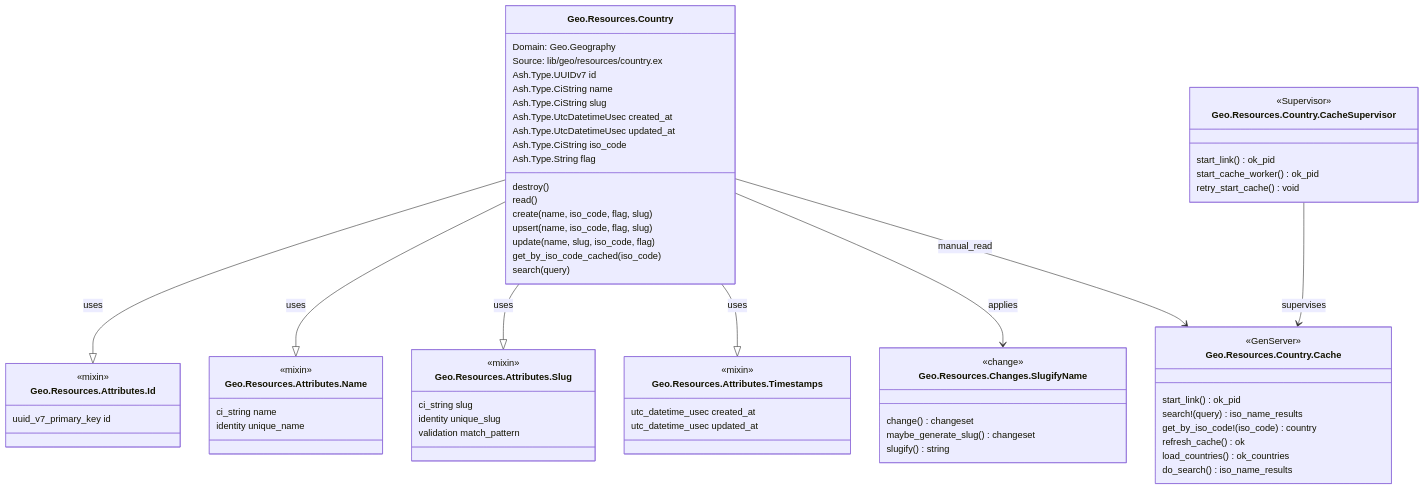
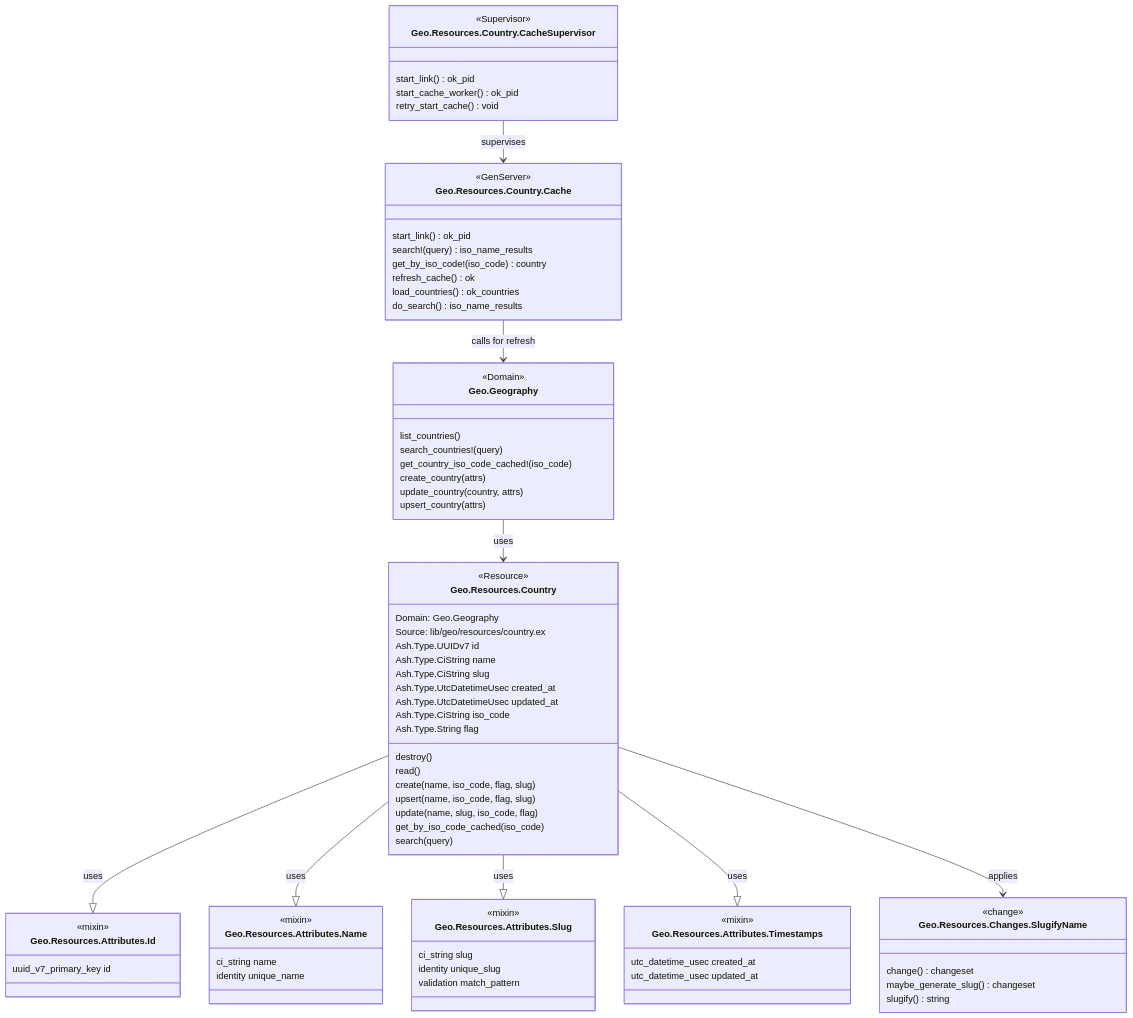
The first of 6 diagrams in README.md (dev-guy/geo), drawn with Mermaid before and after one commit. The commit also changed other lines of this file, not shown here.

````diff
--- a/README.md
+++ b/README.md
@@ -89,7 +89,17 @@
 ```mermaid
 classDiagram
-    Geo.Geography
+    class Geo.Geography {
+        <<Domain>>
+        list_countries()
+        search_countries!(query)
+        get_country_iso_code_cached!(iso_code)
+        create_country(attrs)
+        update_country(country, attrs)
+        upsert_country(attrs)
+    }
+    
     class Geo.Resources.Country {
+        <<Resource>>
         Domain: Geo.Geography
         Source: lib/geo/resources/country.ex
 
@@ -157,11 +167,12 @@
         retry_start_cache() void
     }
     
+    Geo.Geography --> Geo.Resources.Country : uses
     Geo.Resources.Country --|> Geo.Resources.Attributes.Id : uses
     Geo.Resources.Country --|> Geo.Resources.Attributes.Name : uses
     Geo.Resources.Country --|> Geo.Resources.Attributes.Slug : uses
     Geo.Resources.Country --|> Geo.Resources.Attributes.Timestamps : uses
     Geo.Resources.Country --> Geo.Resources.Changes.SlugifyName : applies
-    Geo.Resources.Country --> Geo.Resources.Country.Cache : manual_read
+    Geo.Resources.Country.Cache --> Geo.Geography : calls for refresh
     Geo.Resources.Country.CacheSupervisor --> Geo.Resources.Country.Cache : supervises
 ```
````
